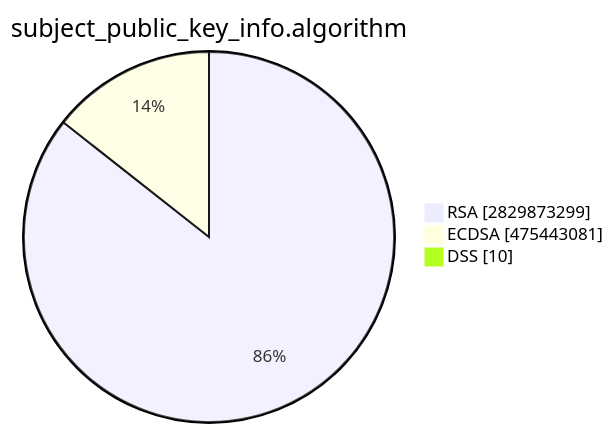
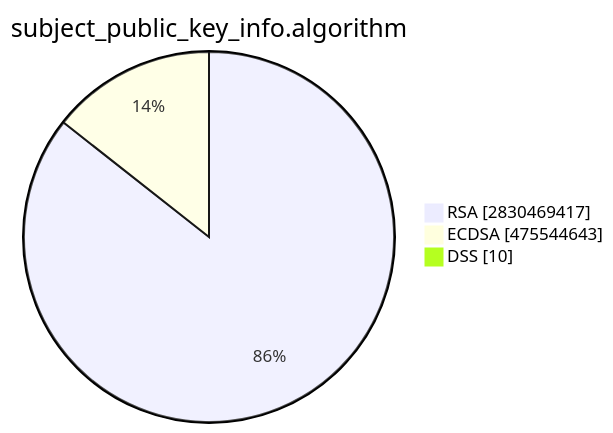
One commit to christiankrug/ctmonitor_visualization changed the second of 15 diagrams in TOTAL/README.md. Above: the diagram before and after it, drawn with Mermaid. The commit also changed other lines of this file, not shown here.

````diff
--- a/TOTAL/README.md
+++ b/TOTAL/README.md
@@ -6,7 +6,7 @@
 ```mermaid
 pie showData
 title subject_public_key_info.algorithm
-"RSA" :2829873299
-"ECDSA" :475443081
+"RSA" :2830469417
+"ECDSA" :475544643
 "DSS" :10
 ```
````
